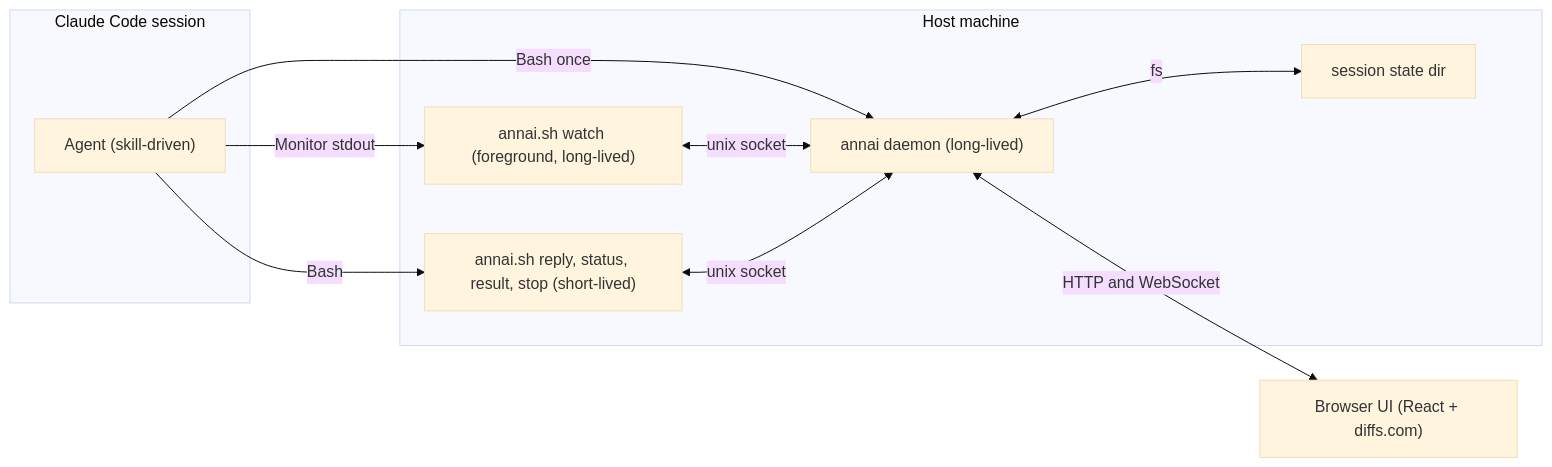
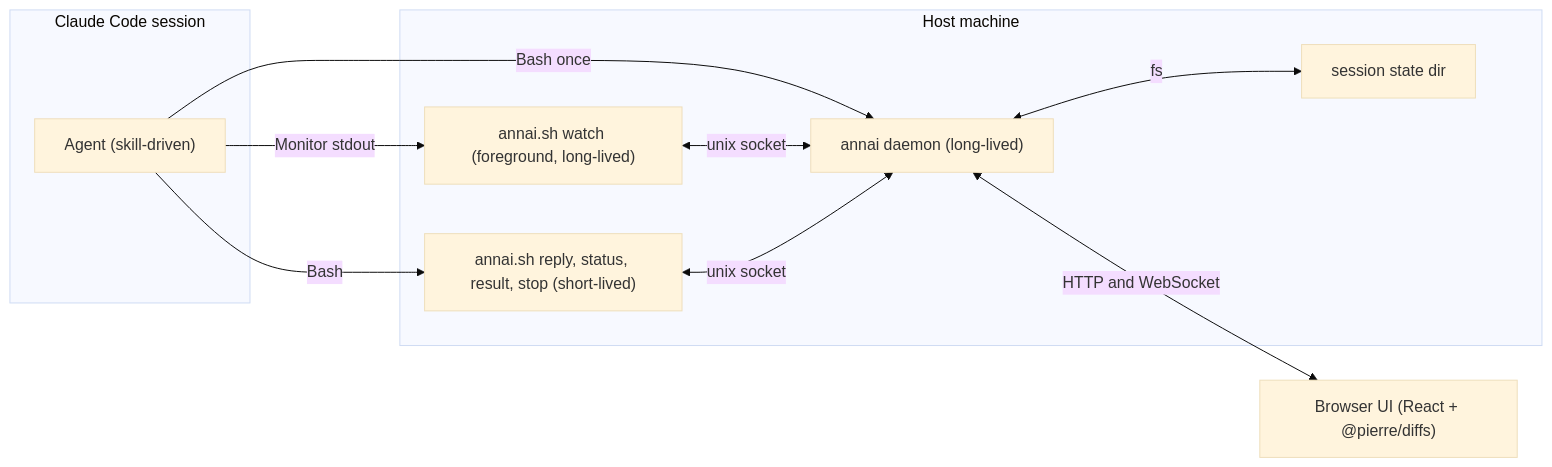
Before and after one commit to asermax/annai: the first of 5 diagrams in docs/annai-architecture.md, drawn with Mermaid (base theme). The commit also changed other lines of this file and 14 other files, not shown here.

````diff
--- a/docs/annai-architecture.md
+++ b/docs/annai-architecture.md
@@ -38,21 +38,21 @@
 ```mermaid
 flowchart LR
   subgraph cc["Claude Code session"]
     agent["Agent (skill-driven)"]
   end
   subgraph host["Host machine"]
     watchcli["annai.sh watch (foreground, long-lived)"]
     cmdcli["annai.sh reply, status, result, stop (short-lived)"]
     daemon["annai daemon (long-lived)"]
     state["session state dir"]
   end
-  browser["Browser UI (React + diffs.com)"]
+  browser["Browser UI (React + @pierre/diffs)"]
 
   agent -->|Monitor stdout| watchcli
   agent -->|Bash| cmdcli
   agent -->|Bash once| daemon
   watchcli <-->|unix socket| daemon
   cmdcli <-->|unix socket| daemon
   daemon <-->|fs| state
   daemon <-->|HTTP and WebSocket| browser
 ```
````
